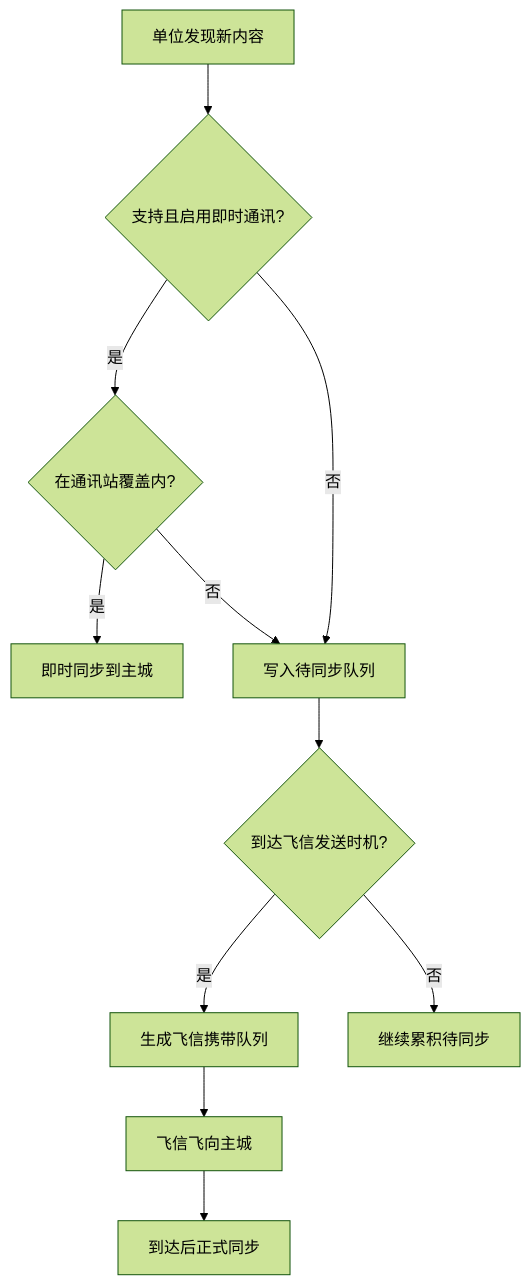
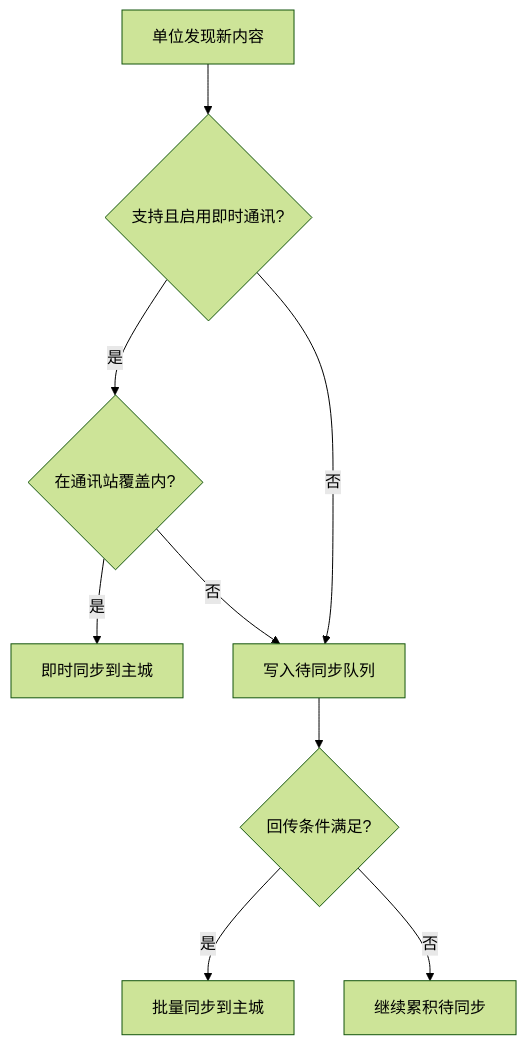
Before and after one commit to Estrella6066773/DriveToLight: the diagram in Docs/01-草稿/通讯与飞信.md, drawn with Mermaid (forest theme). The commit also changed other lines of this file and 27 other files, not shown here.

````diff
--- a/Docs/01-草稿/通讯与飞信.md
+++ b/Docs/01-草稿/通讯与飞信.md
@@ -111,13 +82,11 @@
 ```mermaid
 flowchart TD
     A[单位发现新内容] --> B{支持且启用即时通讯?}
     B -->|是| C{在通讯站覆盖内?}
     C -->|是| D[即时同步到主城]
     C -->|否| E[写入待同步队列]
     B -->|否| E
-    E --> F{到达飞信发送时机?}
-    F -->|是| G[生成飞信携带队列]
-    G --> H[飞信飞向主城]
-    H --> I[到达后正式同步]
-    F -->|否| J[继续累积待同步]
+    E --> F{回传条件满足?}
+    F -->|是| G[批量同步到主城]
+    F -->|否| H[继续累积待同步]
 ```
````
